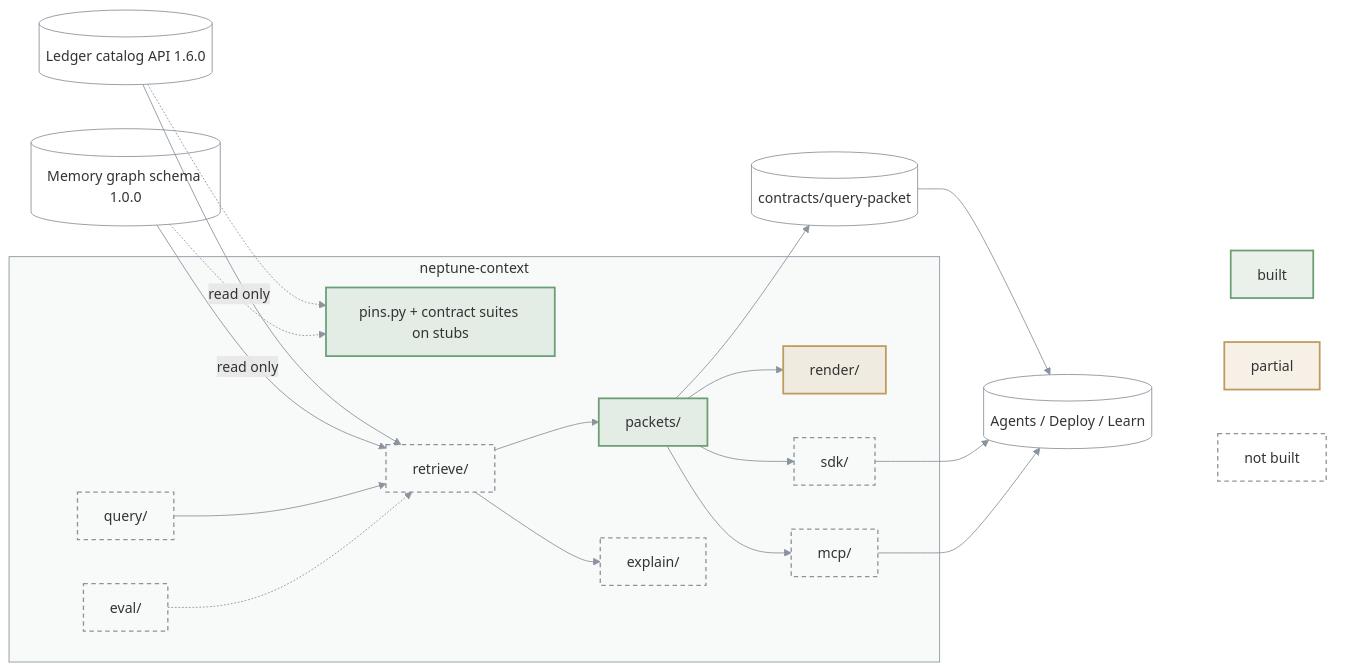
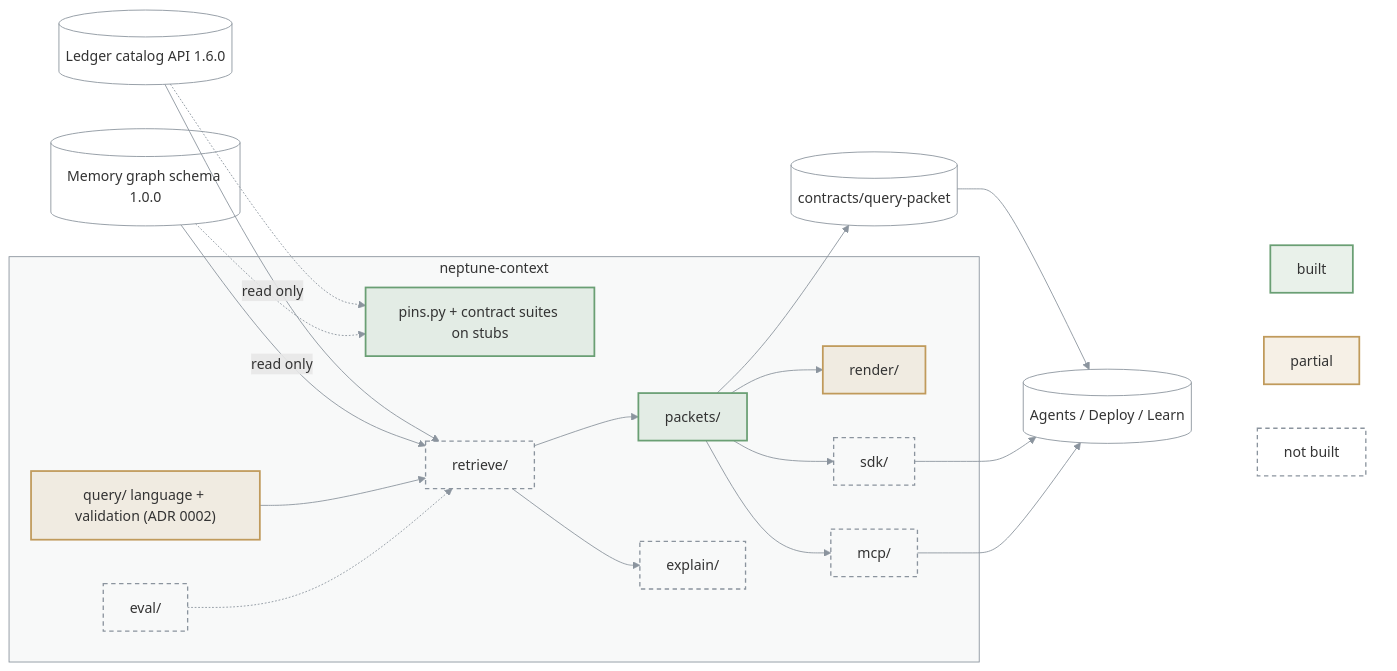
Before and after one commit to bennytay/neptune: the diagram in packages/neptune-context/ARCHITECTURE.md, drawn with Mermaid. The commit also changed 28 other files, not shown here.

First line of the commit message:
ADR: the query language — temporal, spatial, graph and text clauses with as_of and during semantics (#121)

````diff
--- a/packages/neptune-context/ARCHITECTURE.md
+++ b/packages/neptune-context/ARCHITECTURE.md
@@ -3,46 +3,46 @@
 ```mermaid
 flowchart LR
   LED[("Ledger catalog API 1.6.0")]
   MEM[("Memory graph schema 1.0.0")]
   subgraph P["neptune-context"]
     PIN["pins.py + contract suites on stubs"]
-    QRY["query/"]
+    QRY["query/ language + validation (ADR 0002)"]
     RET["retrieve/"]
     PKT["packets/"]
     RND["render/"]
     SDK["sdk/"]
     MCP["mcp/"]
     EXP["explain/"]
     EVA["eval/"]
   end
   OUT[("Agents / Deploy / Learn")]
   CON[("contracts/query-packet")]
   LED -->|read only| RET
   MEM -->|read only| RET
   LED & MEM -.-> PIN
   QRY --> RET --> PKT --> RND
   RET --> EXP
   PKT --> SDK & MCP
   EVA -.-> RET
   PKT --> CON --> OUT
   SDK & MCP --> OUT
 
   subgraph KEY[" "]
     K1["built"]
     K2["partial"]
     K3["not built"]
   end
   OUT ~~~ K1 & K2 & K3
 
   classDef built fill:#6a9f7426,stroke:#6a9f74,stroke-width:2px
   classDef partial fill:#c09a5b26,stroke:#c09a5b,stroke-width:2px
   classDef todo fill:none,stroke:#8b949e,stroke-width:1.5px,stroke-dasharray:5 4
   classDef ext fill:none,stroke:#8b949e,stroke-width:1px
   class K1,PIN,PKT built
-  class K2,RND partial
-  class QRY,RET,SDK,MCP,EXP,EVA,K3 todo
+  class K2,QRY,RND partial
+  class RET,SDK,MCP,EXP,EVA,K3 todo
   class LED,MEM,OUT,CON ext
   style P fill:#8b949e0f,stroke:#8b949e
   style KEY fill:none,stroke:none
   linkStyle default stroke:#8b949e
 ```
````
